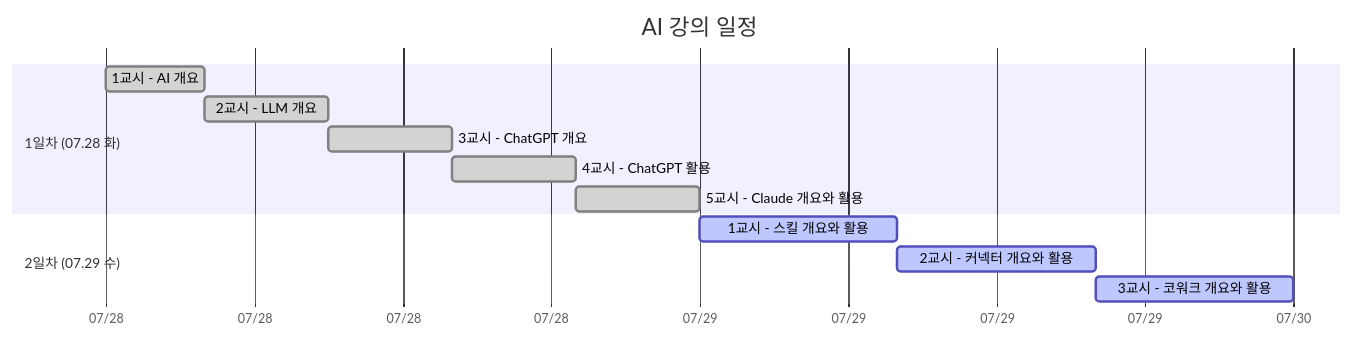
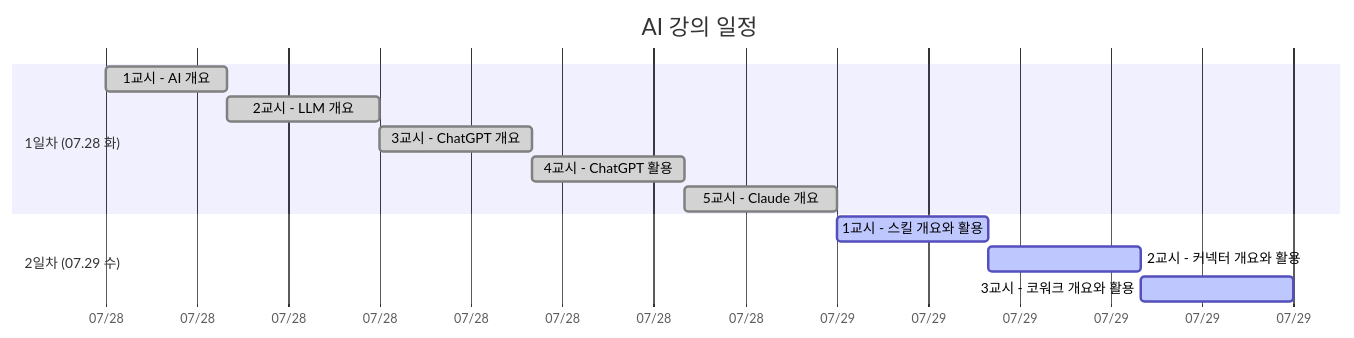
The first of 9 diagrams in README.md (soobook/2026-LLM), drawn with Mermaid before and after one commit.

````diff
--- a/README.md
+++ b/README.md
@@ -15,19 +15,19 @@
 ```mermaid
 gantt
     title AI 강의 일정
     dateFormat YYYY-MM-DD
     axisFormat %m/%d
     excludes weekends
 
     section 1일차 (07.28 화)
     1교시 - AI 개요                      :done, a1, 2026-07-28, 4h
     2교시 - LLM 개요                     :done, a2, after a1, 5h
     3교시 - ChatGPT 개요                 :done, a3, after a2, 5h
     4교시 - ChatGPT 활용                 :done, a4, after a3, 5h
-    5교시 - Claude 개요와 활용           :done, a5, after a4, 5h
+    5교시 - Claude 개요                  :done, a5, after a4, 5h
 
     section 2일차 (07.29 수)
-    1교시 - 스킬 개요와 활용             :active, b1, 2026-07-29, 8h
-    2교시 - 커넥터 개요와 활용           :active, b2, after b1, 8h
-    3교시 - 코워크 개요와 활용           :active, b3, after b2, 8h
+    1교시 - 스킬 개요와 활용             :active, b1, 2026-07-29, 5h
+    2교시 - 커넥터 개요와 활용           :active, b2, after b1, 5h
+    3교시 - 코워크 개요와 활용           :active, b3, after b2, 5h
 ```
````
